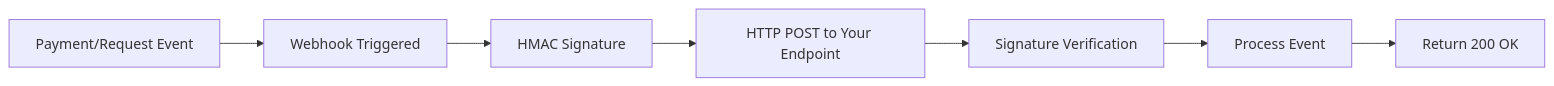
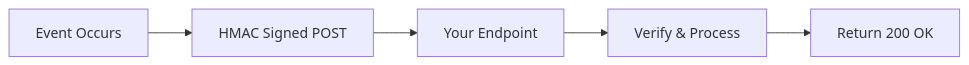
The diagram in api-features/webhooks-events.mdx (RequestNetwork/mintlify-docs), drawn with Mermaid before and after one commit. The commit also changed other lines of this file, not shown here.

Commit message:
fix: webhook events page based on webhook reference details

````diff
--- a/api-features/webhooks-events.mdx
+++ b/api-features/webhooks-events.mdx
@@ -32,9 +40,7 @@
 ```mermaid
 graph LR
-    A[Payment/Request Event] --> B[Webhook Triggered]
-    B --> C[HMAC Signature]
-    C --> D[HTTP POST to Your Endpoint]
-    D --> E[Signature Verification]
-    E --> F[Process Event]
-    F --> G[Return 200 OK]
+    A[Event Occurs] --> B[HMAC Signed POST]
+    B --> C[Your Endpoint]
+    C --> D[Verify & Process]
+    D --> E[Return 200 OK]
 ```
````
